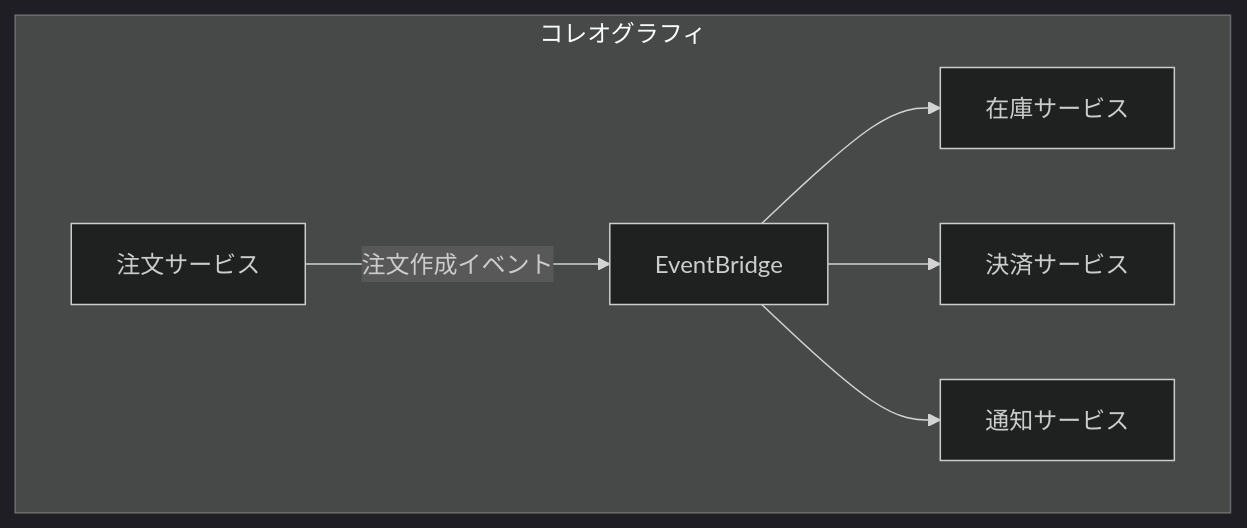
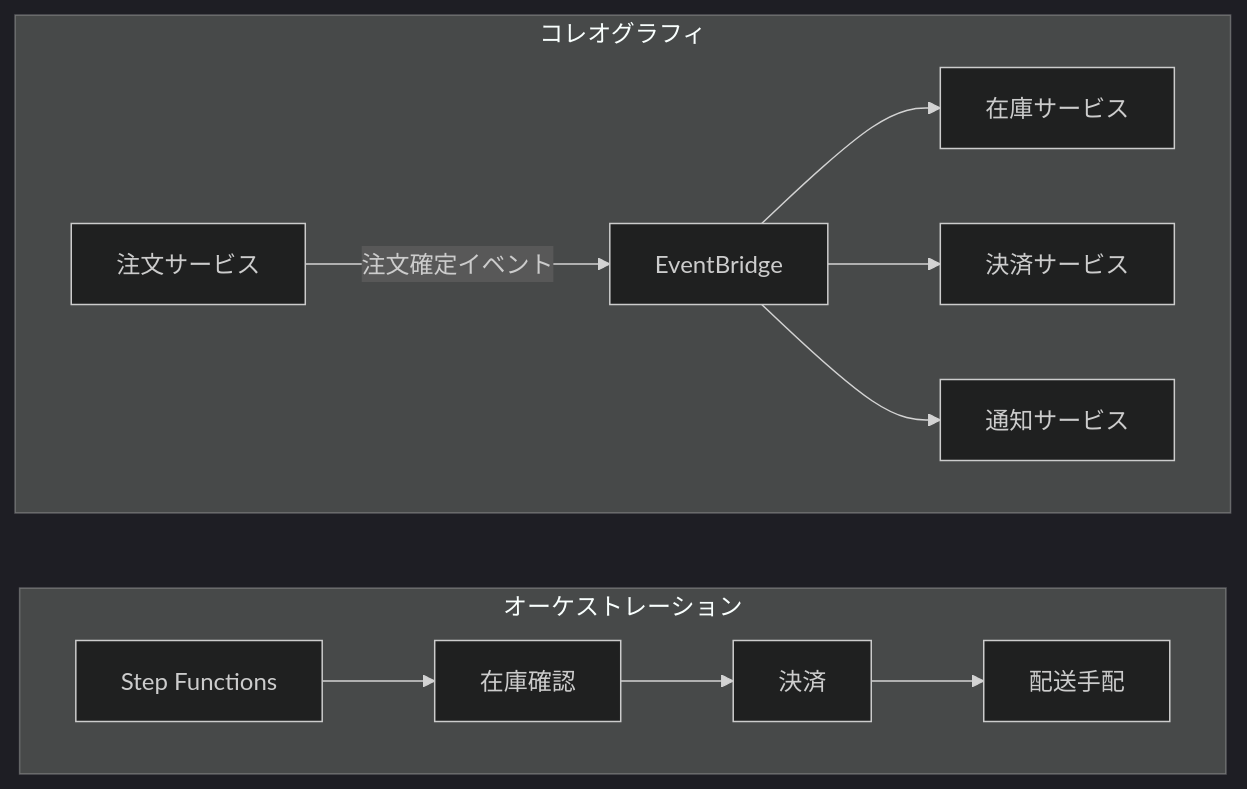
The second of 31 diagrams in Dva-c02-domain1-development-with-aws-services-guide.md (myoshi2891/Cloud-Infrastructure-and-Network-Studies), drawn with Mermaid (dark theme) before and after one commit. The commit also changed other lines of this file, not shown here.

````diff
--- a/Dva-c02-domain1-development-with-aws-services-guide.md
+++ b/Dva-c02-domain1-development-with-aws-services-guide.md
@@ -130,10 +151,17 @@
 ```mermaid
-flowchart LR
-    subgraph C["コレオグラフィ"]
+flowchart TB
+    subgraph CHO["コレオグラフィ"]
         direction LR
-        C1["注文サービス"] -->|"注文作成イベント"| BUS["EventBridge"]
-        BUS --> C2["在庫サービス"]
-        BUS --> C3["決済サービス"]
-        BUS --> C4["通知サービス"]
+        O1["注文サービス"] -->|"注文確定イベント"| BUS["EventBridge"]
+        BUS --> S1["在庫サービス"]
+        BUS --> S2["決済サービス"]
+        BUS --> S3["通知サービス"]
     end
+    subgraph ORC["オーケストレーション"]
+        direction LR
+        SF["Step Functions"] --> T1["在庫確認"]
+        T1 --> T2["決済"]
+        T2 --> T3["配送手配"]
+    end
+    CHO ~~~ ORC
 ```
````
